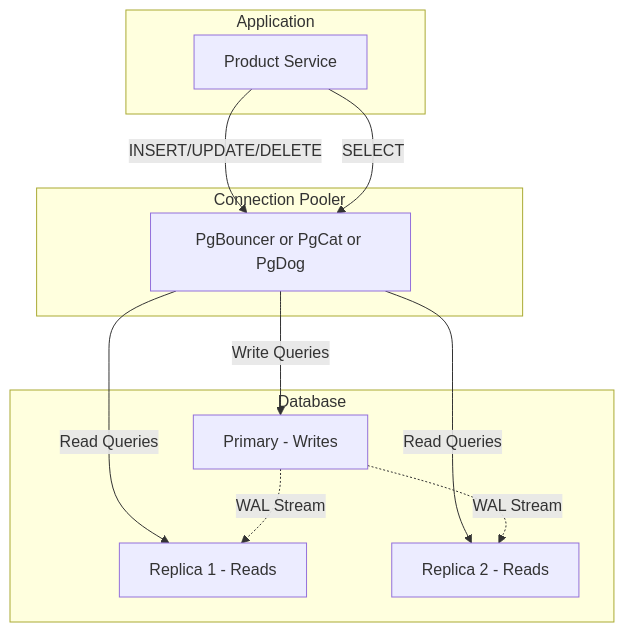
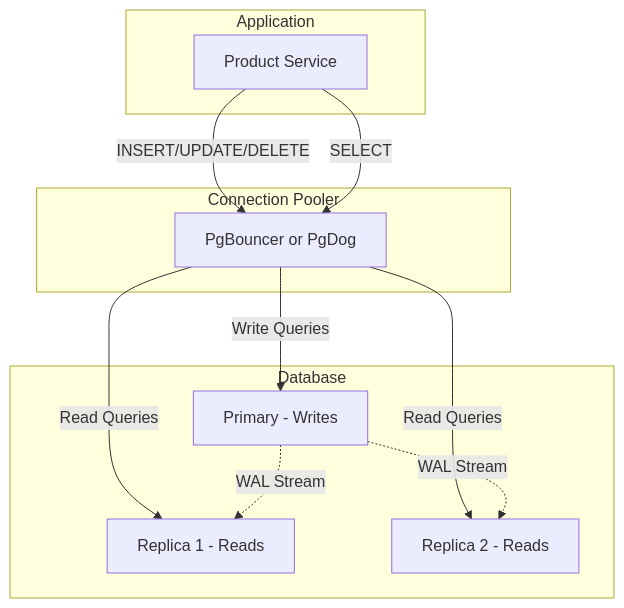
Before and after one commit to duynhlab/homelab: the ninth of 12 diagrams in docs/databases/004-replication-strategy.md, drawn with Mermaid. The commit also changed other lines of this file and 41 other files, not shown here.

````diff
--- a/docs/databases/004-replication-strategy.md
+++ b/docs/databases/004-replication-strategy.md
@@ -399,21 +399,21 @@
 ```mermaid
 flowchart TB
     subgraph App [Application]
         SVC[Product Service]
     end
     subgraph Pooler [Connection Pooler]
-        POOL[PgBouncer or PgCat or PgDog]
+        POOL[PgBouncer or PgDog]
     end
     subgraph DB [Database]
         PRIMARY[Primary - Writes]
         REP1[Replica 1 - Reads]
         REP2[Replica 2 - Reads]
     end
     SVC -->|INSERT/UPDATE/DELETE| POOL
     SVC -->|SELECT| POOL
     POOL -->|Write Queries| PRIMARY
     POOL -->|Read Queries| REP1
     POOL -->|Read Queries| REP2
     PRIMARY -.->|WAL Stream| REP1
     PRIMARY -.->|WAL Stream| REP2
 ```
````
